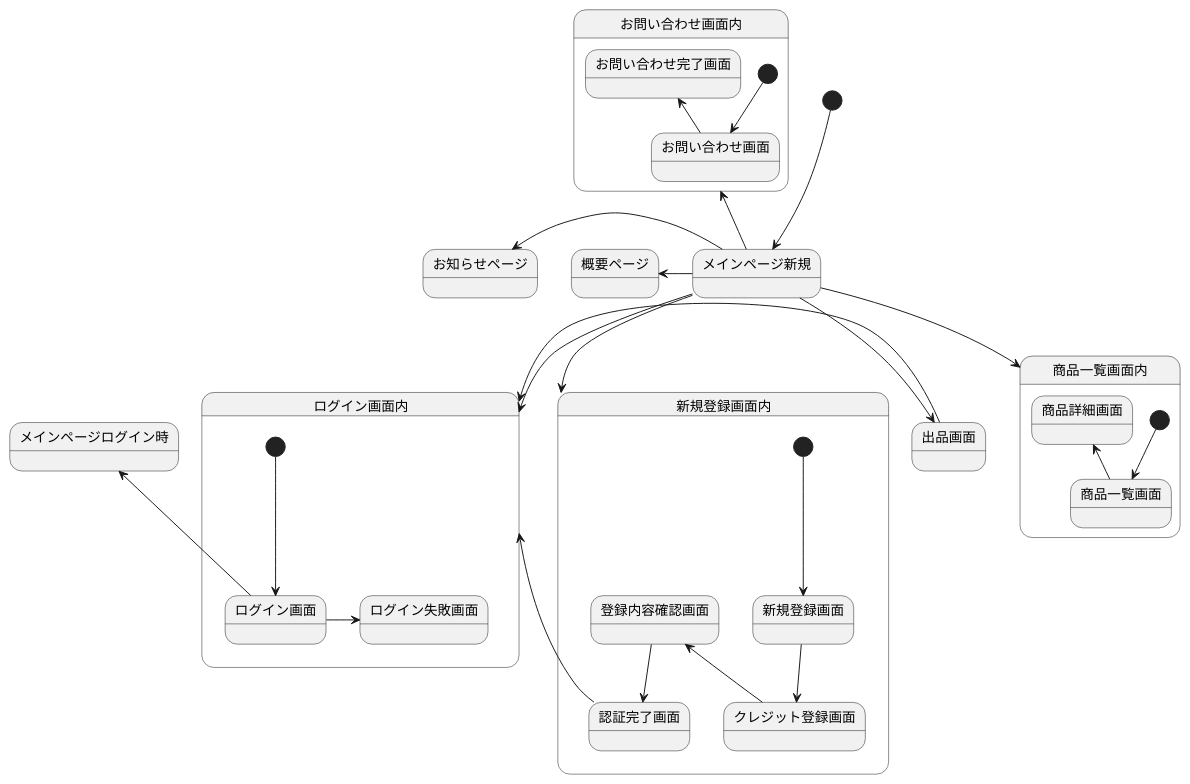
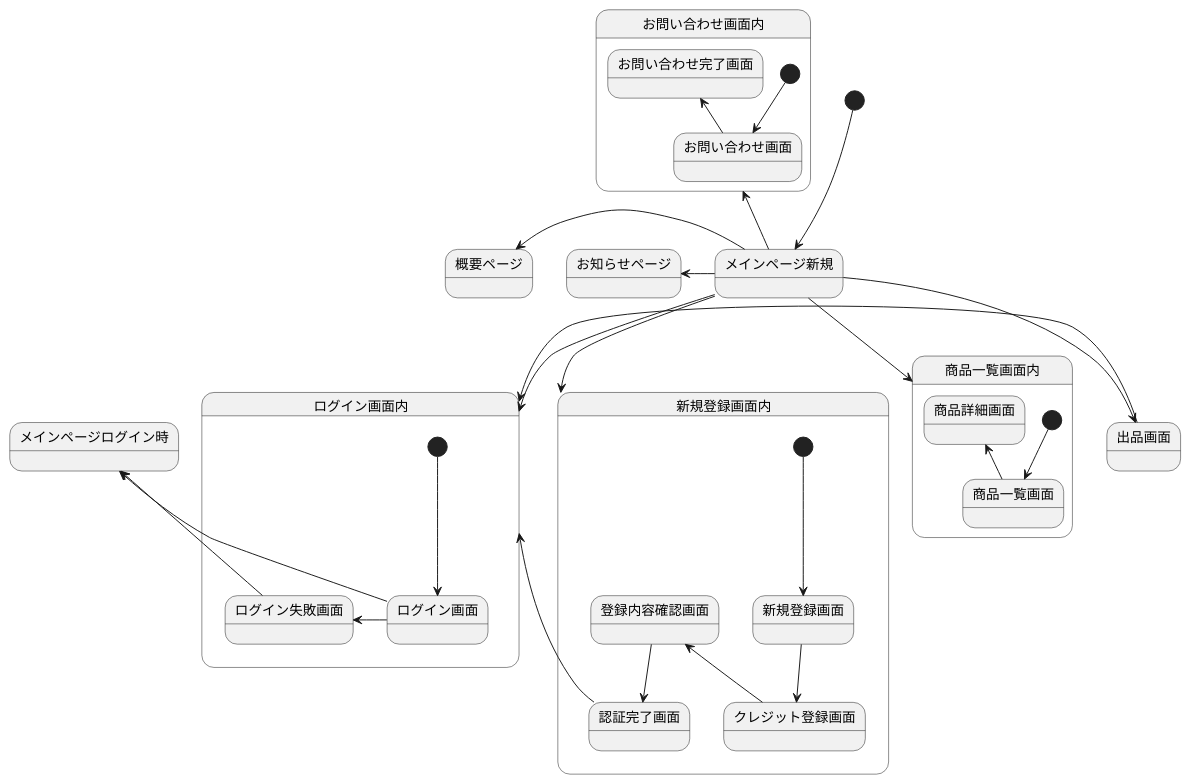
The diagram in 画面遷移図.md (Aso2001147/2021SystemDesign), drawn with PlantUML before and after one commit.

````diff
--- a/画面遷移図.md
+++ b/画面遷移図.md
@@ -1,42 +1,44 @@
 ```uml
 @startuml
 [*] --> メインページ新規
 メインページ新規 -left-> 概要ページ
 メインページ新規 -up-> お問い合わせ画面内
 メインページ新規 -left-> お知らせページ
 メインページ新規 --> ログイン画面内
 メインページ新規 --> 商品一覧画面内
 メインページ新規 --> 新規登録画面内
 メインページ新規 -> 出品画面
 出品画面 -> ログイン画面内
 
 state 新規登録画面内{
 [*] --> 新規登録画面
 新規登録画面 -down-> クレジット登録画面
 クレジット登録画面 -up-> 登録内容確認画面
 登録内容確認画面 -down-> 認証完了画面
 認証完了画面 -up-> ログイン画面内
 }
 
 state ログイン画面内{
 [*] -down-> ログイン画面
 ログイン画面 -right-> ログイン失敗画面
 }
 
 ログイン画面 -up-> メインページログイン時
 
+ログイン失敗画面 -up-> メインページログイン時
+
 state お問い合わせ画面内{
 [*] -down-> お問い合わせ画面
 お問い合わせ画面 -up-> お問い合わせ完了画面
 }
 
 state 商品一覧画面内{
 [*] -down-> 商品一覧画面
 商品一覧画面 -up-> 商品詳細画面
 }
 
 
 
 
 @enduml
 ```
````
